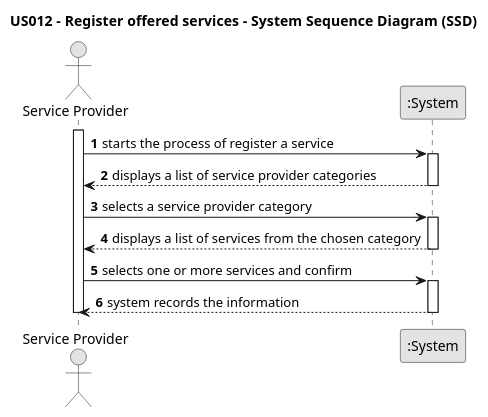
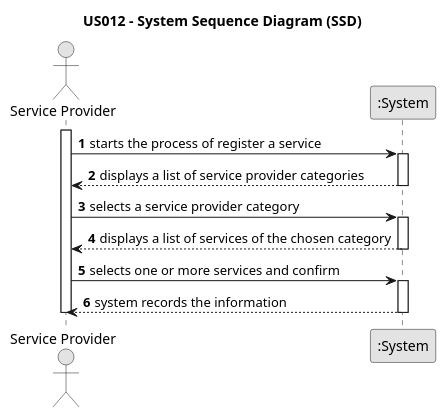
Before and after one commit to tbarracha/Upskill-Sprint-2-Gladly-Given: the diagram in javaSprint2GladlyGiven/Docs/UseCases/uc012/us012-SSD.puml, drawn with PlantUML. The commit also changed 2 other files, not shown here.

```diff
--- a/javaSprint2GladlyGiven/Docs/UseCases/uc012/us012-SSD.puml
+++ b/javaSprint2GladlyGiven/Docs/UseCases/uc012/us012-SSD.puml
@@ -1,30 +1,29 @@
 @startuml
 skinparam monochrome true
 skinparam packageStyle rectangle
 skinparam shadowing false
 
-title US012 - Register offered services -  System Sequence Diagram (SSD)
+title US012 - System Sequence Diagram (SSD)
 
 autonumber
 
 actor "Service Provider" as SP
 participant ":System" as System
 
 activate SP
     SP -> System : starts the process of register a service
     activate System
         System --> SP :displays a list of service provider categories
     deactivate System
     SP -> System: selects a service provider category
 
     activate System
-        System --> SP : displays a list of services from the chosen category
+        System --> SP : displays a list of services of the chosen category
     deactivate System
     SP -> System : selects one or more services and confirm
 
     activate System
         System --> SP : system records the information
    deactivate System
 deactivate SP
-
 @enduml
```
